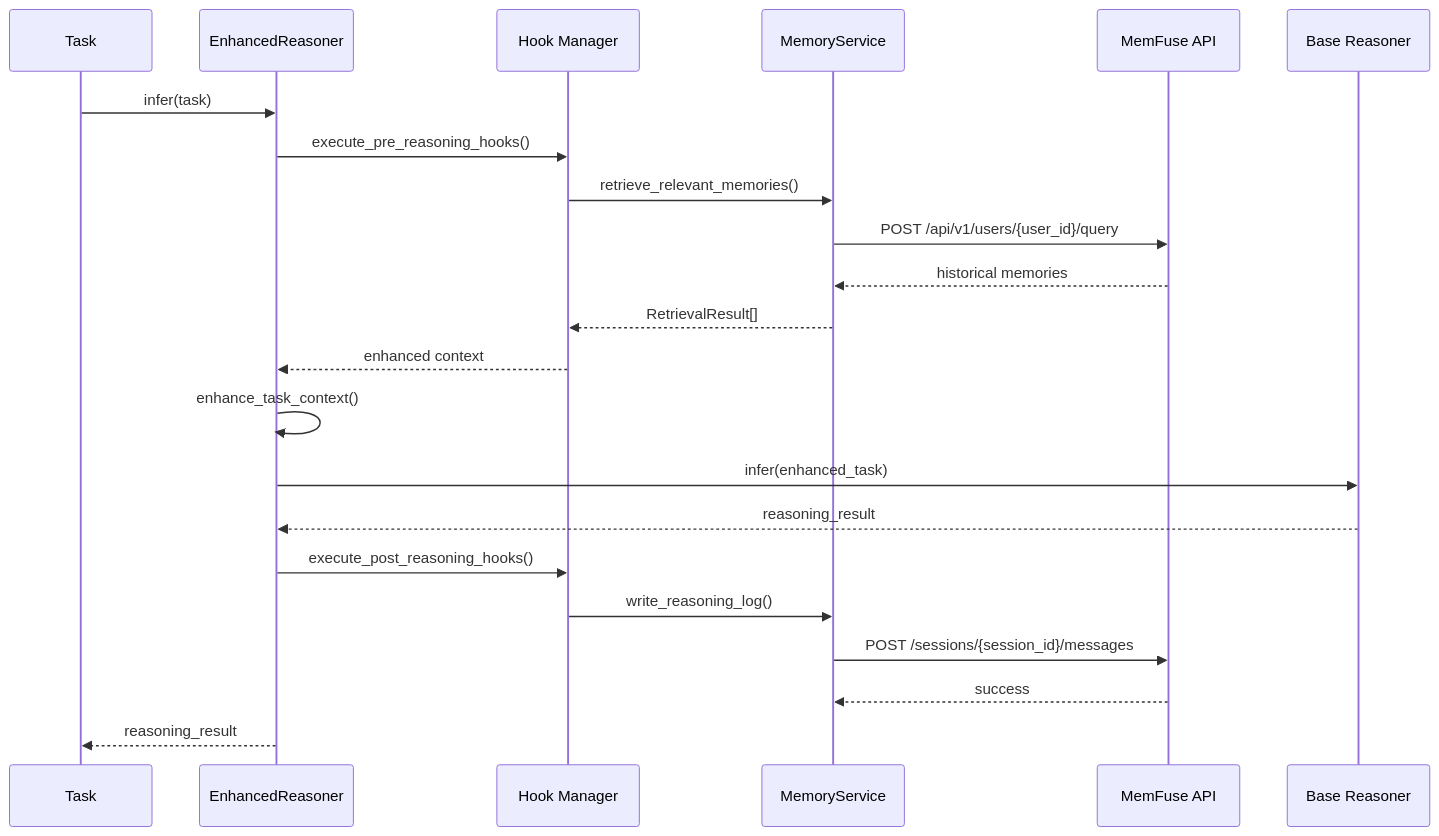
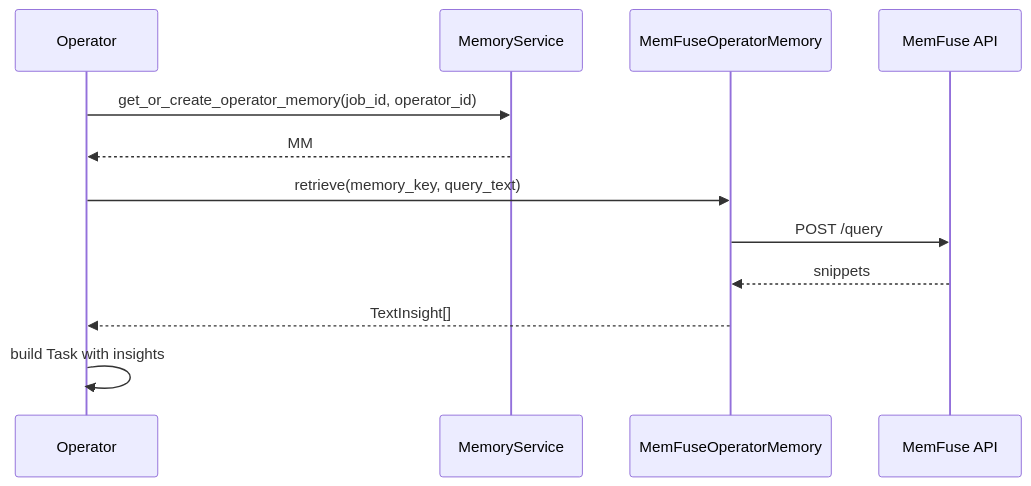
Before and after one commit to TuGraph-family/chat2graph: the third of 4 diagrams in doc/en-us/principle/memory.md, drawn with Mermaid. The commit also changed other lines of this file and 70 other files, not shown here.

````diff
--- a/doc/en-us/principle/memory.md
+++ b/doc/en-us/principle/memory.md
@@ -116,25 +104,15 @@
 ```mermaid
 sequenceDiagram
-    participant T as Task
-    participant ER as EnhancedReasoner
-    participant H as Hook Manager
+    participant OP as Operator
     participant MS as MemoryService
+    participant MM as MemFuseOperatorMemory
     participant MF as MemFuse API
-    participant BR as Base Reasoner
 
-    T->>ER: infer(task)
-    ER->>H: execute_pre_reasoning_hooks()
-    H->>MS: retrieve_relevant_memories()
-    MS->>MF: POST /api/v1/users/{user_id}/query
-    MF-->>MS: historical memories
-    MS-->>H: RetrievalResult[]
-    H-->>ER: enhanced context
-    ER->>ER: enhance_task_context()
-    ER->>BR: infer(enhanced_task)
-    BR-->>ER: reasoning_result
-    ER->>H: execute_post_reasoning_hooks()
-    H->>MS: write_reasoning_log()
-    MS->>MF: POST /sessions/{session_id}/messages
-    MF-->>MS: success
-    ER-->>T: reasoning_result
+    OP->>MS: get_or_create_operator_memory(job_id, operator_id)
+    MS-->>OP: MM
+    OP->>MM: retrieve(memory_key, query_text)
+    MM->>MF: POST /query
+    MF-->>MM: snippets
+    MM-->>OP: TextInsight[]
+    OP->>OP: build Task with insights
 ```
````
